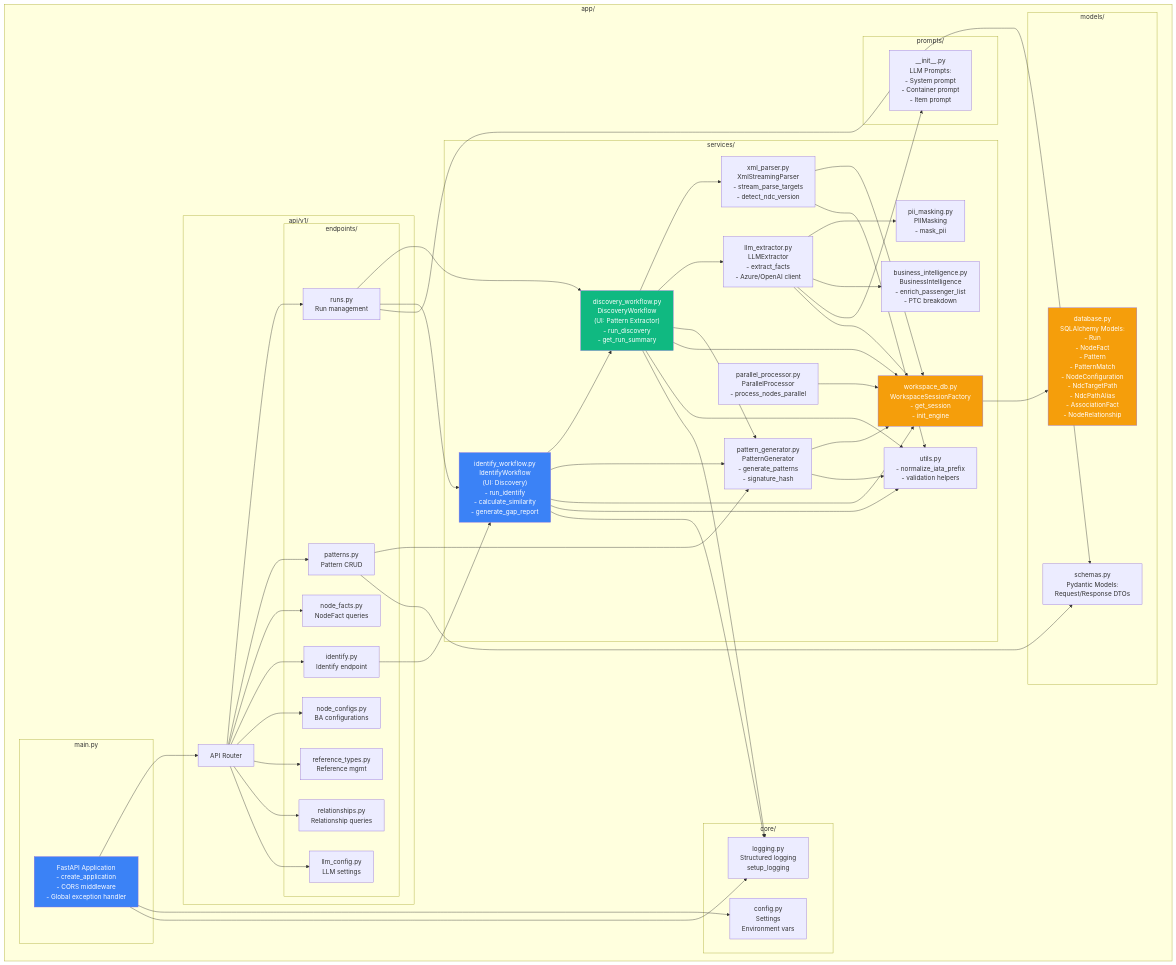
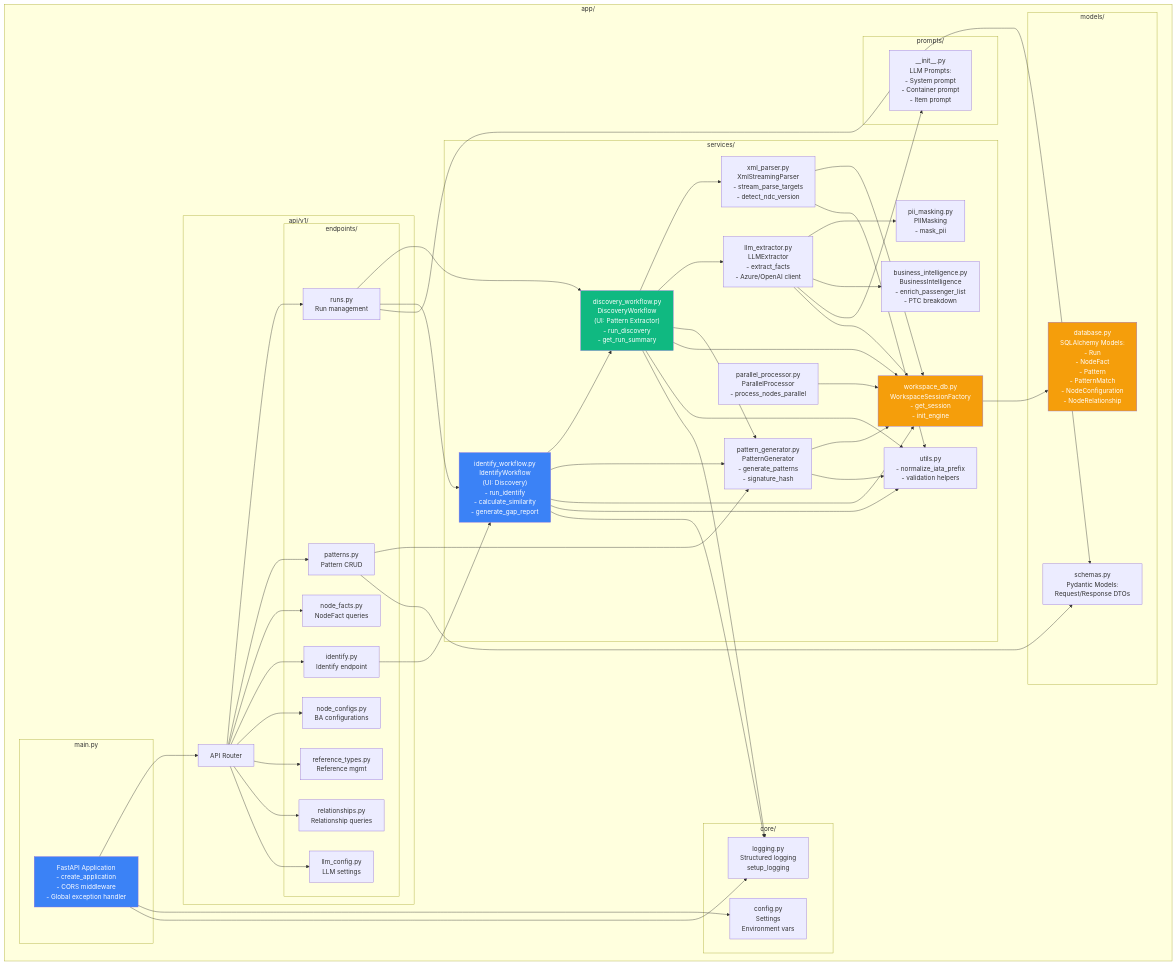
One commit to nikhil-codes-hub/ad_revamped changed the fourth of 14 diagrams in docs/System_Diagrams.md. Above: the diagram before and after it, drawn with Mermaid. The commit also changed other lines of this file and 1 other file, not shown here.

First line of the commit message:
Update system diagrams to reflect current database schema

```diff
--- a/docs/System_Diagrams.md
+++ b/docs/System_Diagrams.md
@@ -357,7 +353,7 @@
         end
 
         subgraph "models/"
-            Database[database.py<br/>SQLAlchemy Models:<br/>- Run<br/>- NodeFact<br/>- Pattern<br/>- PatternMatch<br/>- NodeConfiguration<br/>- NdcTargetPath<br/>- NdcPathAlias<br/>- AssociationFact<br/>- NodeRelationship]
+            Database[database.py<br/>SQLAlchemy Models:<br/>- Run<br/>- NodeFact<br/>- Pattern<br/>- PatternMatch<br/>- NodeConfiguration<br/>- NodeRelationship]
             Schemas[schemas.py<br/>Pydantic Models:<br/>Request/Response DTOs]
         end
 
```
